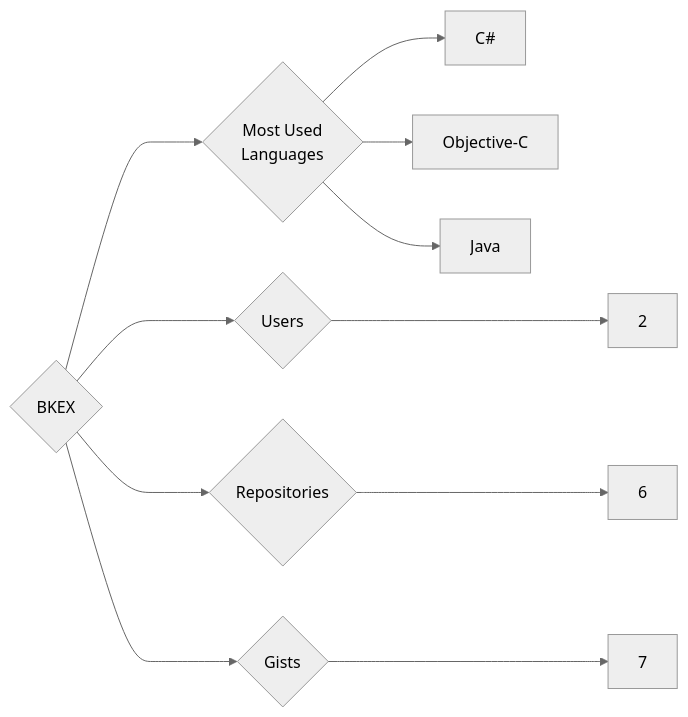
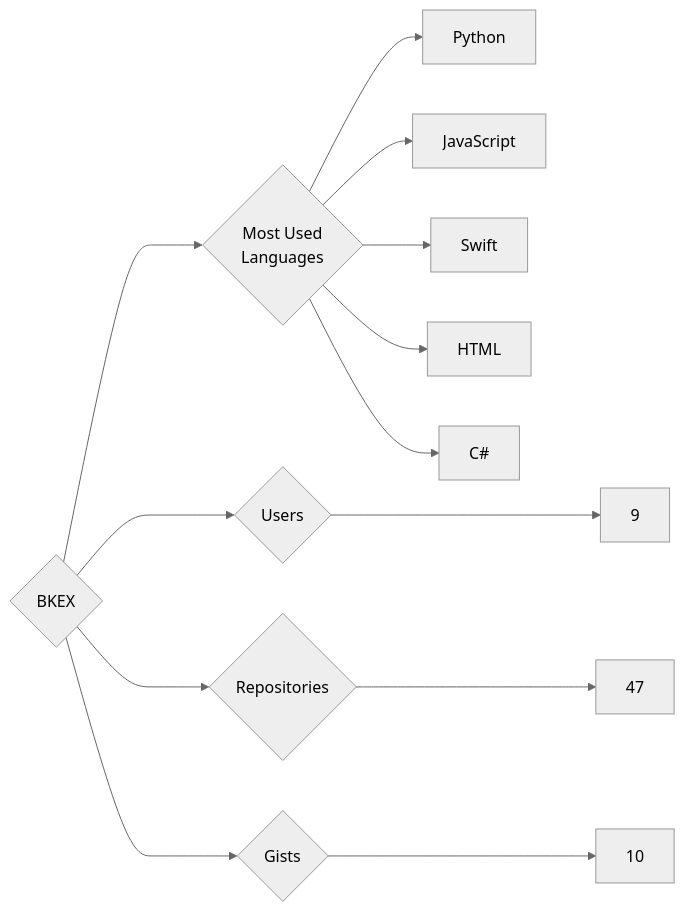
Before and after one commit to trickest/insiders: the diagram in targets/BKEX/README.md, drawn with Mermaid (neutral theme). The commit also changed 1149 other files, not shown here.

````diff
--- a/targets/BKEX/README.md
+++ b/targets/BKEX/README.md
@@ -3,11 +3,13 @@
 ```mermaid
 graph LR
 COMPANY_NAME{BKEX}
-COMPANY_NAME ---> U{Users} ---> UN[2]
-COMPANY_NAME ---> R{Repositories} ---> RN[6]
-COMPANY_NAME ---> G{Gists} ---> GN[7]
+COMPANY_NAME ---> U{Users} ---> UN[9]
+COMPANY_NAME ---> R{Repositories} ---> RN[47]
+COMPANY_NAME ---> G{Gists} ---> GN[10]
 COMPANY_NAME ---> ML{Most Used<br>Languages}
+ML --> Python[Python]
+ML --> JavaScript[JavaScript]
+ML --> Swift[Swift]
+ML --> HTML[HTML]
 ML --> C#[C#]
-ML --> Objective-C[Objective-C]
-ML --> Java[Java]
 ```
````
